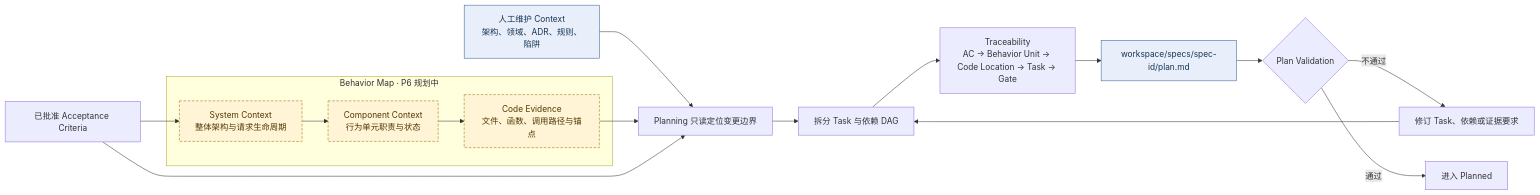
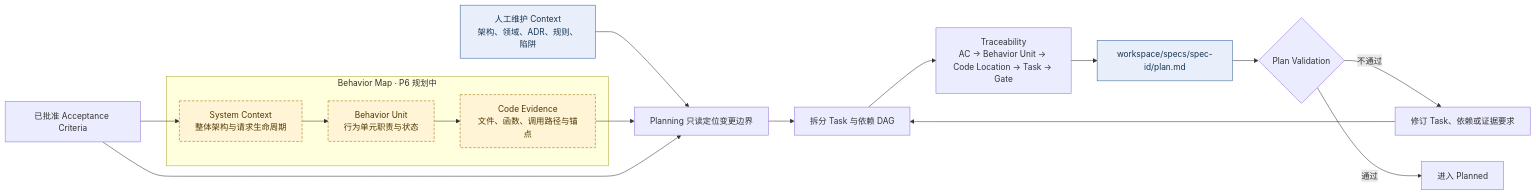
Before and after one commit to zhanyan-Ader1y/Themis: the second of 7 diagrams in docs/workflow.md, drawn with Mermaid. The commit also changed other lines of this file and 20 other files, not shown here.

````diff
--- a/docs/workflow.md
+++ b/docs/workflow.md
@@ -267,32 +291,32 @@
 ```mermaid
 flowchart LR
     AC[已批准 Acceptance Criteria]
 
     subgraph BM[Behavior Map · P6 规划中]
-        L1[System Context<br/>整体架构与请求生命周期]
-        L2[Component Context<br/>行为单元职责与状态]
-        L3[Code Evidence<br/>文件、函数、调用路径与锚点]
+        B1[System Context<br/>整体架构与请求生命周期]
+        B2[Behavior Unit<br/>行为单元职责与状态]
+        B3[Code Evidence<br/>文件、函数、调用路径与锚点]
     end
 
     CTX[人工维护 Context<br/>架构、领域、ADR、规则、陷阱]
     LOC[Planning 只读定位变更边界]
     TASK[拆分 Task 与依赖 DAG]
     TRACE[Traceability<br/>AC → Behavior Unit → Code Location → Task → Gate]
     PLAN[workspace/specs/spec-id/plan.md]
     CHECK{Plan Validation}
     READY[进入 Planned]
     REVISE[修订 Task、依赖或证据要求]
 
-    AC --> L1 --> L2 --> L3
+    AC --> B1 --> B2 --> B3
     CTX --> LOC
-    L3 --> LOC
+    B3 --> LOC
     AC --> LOC
     LOC --> TASK --> TRACE --> PLAN --> CHECK
     CHECK -- 不通过 --> REVISE --> TASK
     CHECK -- 通过 --> READY
 
     classDef planned fill:#fff4d6,stroke:#9a6b00,color:#4f3800,stroke-dasharray:5 3;
     classDef data fill:#e8effa,stroke:#315f9b,color:#173453;
-    class L1,L2,L3 planned;
+    class B1,B2,B3 planned;
     class CTX,PLAN data;
 ```
````
